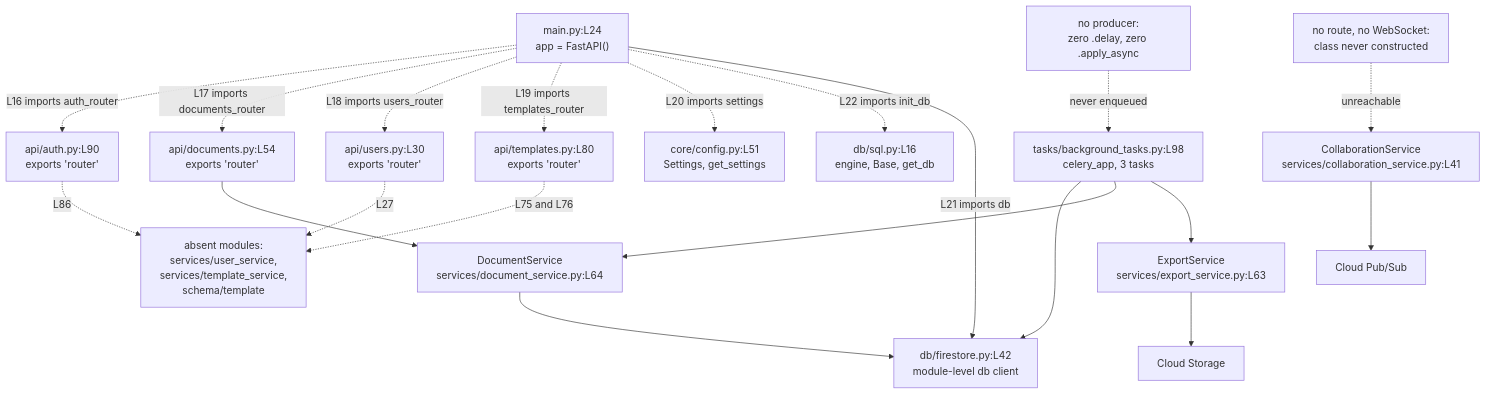
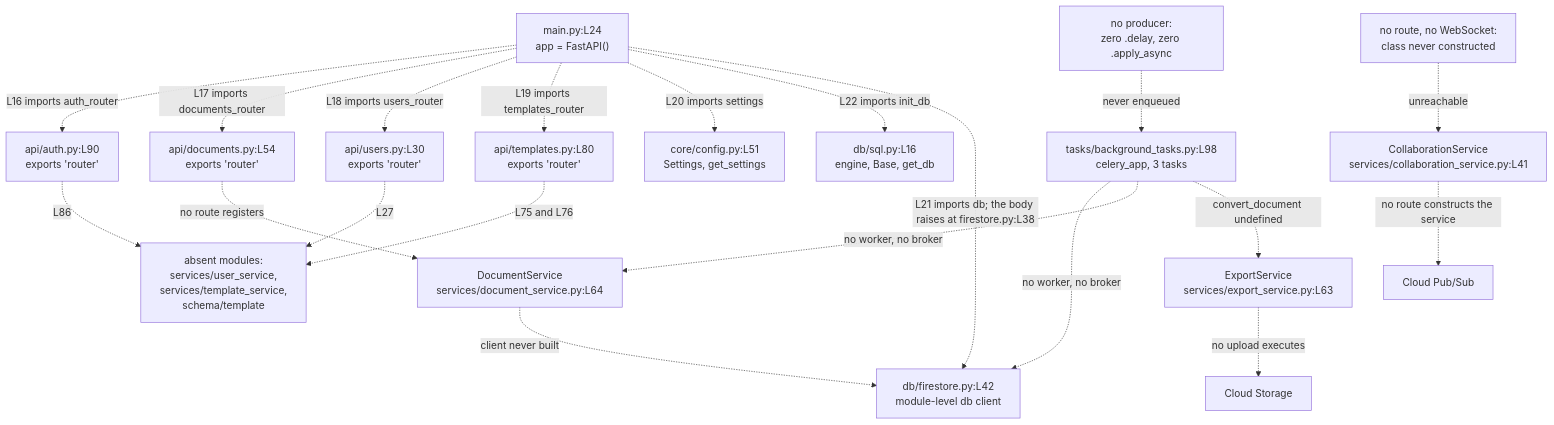
Before and after one commit to blitzy-public-samples/microsoft-word-u33ko0: the diagram in backend/app/README.md, drawn with Mermaid. The commit also changed other lines of this file and 53 other files, not shown here.

````diff
--- a/backend/app/README.md
+++ b/backend/app/README.md
@@ -151,38 +171,41 @@
 ```mermaid
 graph TD
     MAIN["main.py:L24<br/>app = FastAPI()"]
     AUTH["api/auth.py:L90<br/>exports 'router'"]
     DOCS["api/documents.py:L54<br/>exports 'router'"]
     USERS["api/users.py:L30<br/>exports 'router'"]
     TMPL["api/templates.py:L80<br/>exports 'router'"]
     CFG["core/config.py:L51<br/>Settings, get_settings"]
     FS["db/firestore.py:L42<br/>module-level db client"]
     SQL["db/sql.py:L16<br/>engine, Base, get_db"]
     DSVC["DocumentService<br/>services/document_service.py:L64"]
     CSVC["CollaborationService<br/>services/collaboration_service.py:L41"]
     ESVC["ExportService<br/>services/export_service.py:L63"]
     TASKS["tasks/background_tasks.py:L98<br/>celery_app, 3 tasks"]
     ABSENT["absent modules:<br/>services/user_service,<br/>services/template_service,<br/>schema/template"]
     NOPROD["no producer:<br/>zero .delay, zero .apply_async"]
     NOROUTE["no route, no WebSocket:<br/>class never constructed"]
 
     MAIN -.->|"L16 imports auth_router"| AUTH
     MAIN -.->|"L17 imports documents_router"| DOCS
     MAIN -.->|"L18 imports users_router"| USERS
     MAIN -.->|"L19 imports templates_router"| TMPL
     MAIN -.->|"L20 imports settings"| CFG
     MAIN -.->|"L22 imports init_db"| SQL
-    MAIN -->|"L21 imports db"| FS
+    MAIN -.->|"L21 imports db; the body raises at firestore.py:L38"| FS
     AUTH -.->|"L86"| ABSENT
     USERS -.->|"L27"| ABSENT
     TMPL -.->|"L75 and L76"| ABSENT
-    DOCS --> DSVC
-    DSVC --> FS
-    ESVC --> STORE["Cloud Storage"]
-    CSVC --> PUBSUB["Cloud Pub/Sub"]
-    TASKS --> FS
-    TASKS --> DSVC
-    TASKS --> ESVC
+    DOCS -.->|"no route registers"| DSVC
+    DSVC -.->|"client never built"| FS
+    ESVC -.->|"no upload executes"| STORE["Cloud Storage"]
+    CSVC -.->|"no route constructs the service"| PUBSUB["Cloud Pub/Sub"]
+    TASKS -.->|"no worker, no broker"| FS
+    TASKS -.->|"no worker, no broker"| DSVC
+    TASKS -.->|"convert_document undefined"| ESVC
+
     NOPROD -.->|"never enqueued"| TASKS
     NOROUTE -.->|"unreachable"| CSVC
+%% Every edge above is dashed: package import fails at api/auth.py:L84, so no route
+%% registers, no client is ever constructed, and nothing downstream executes.
 ```
````
